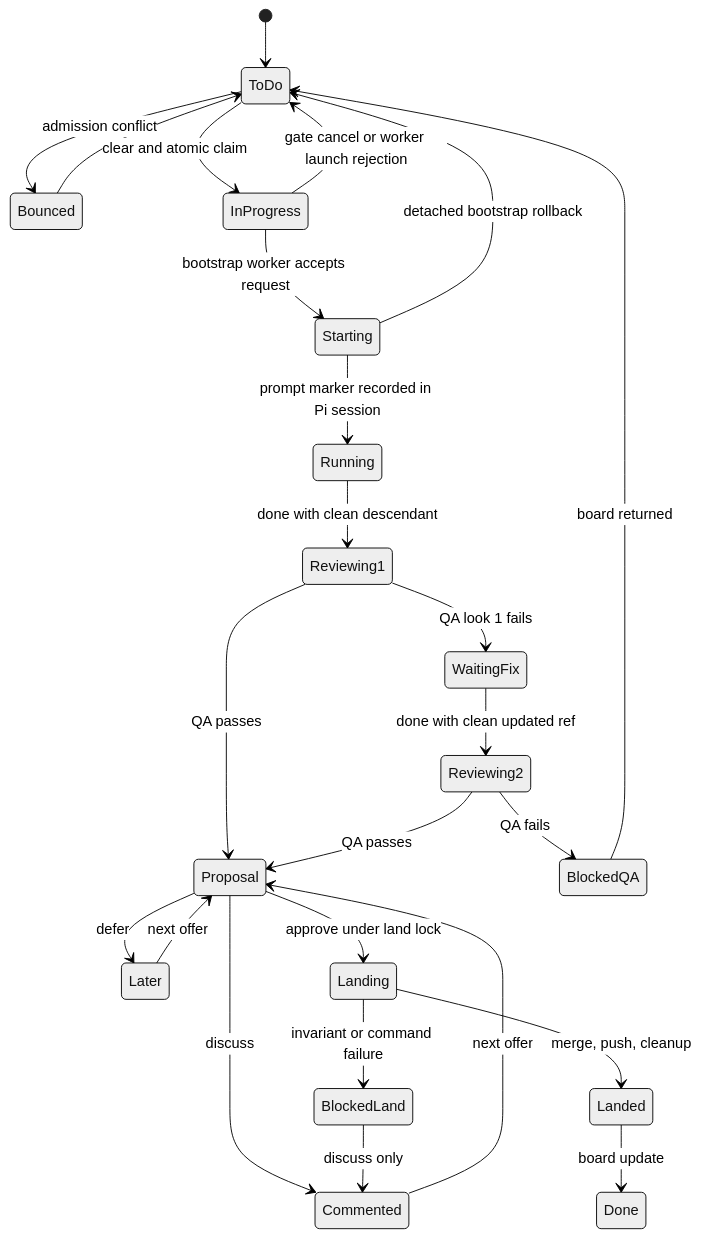
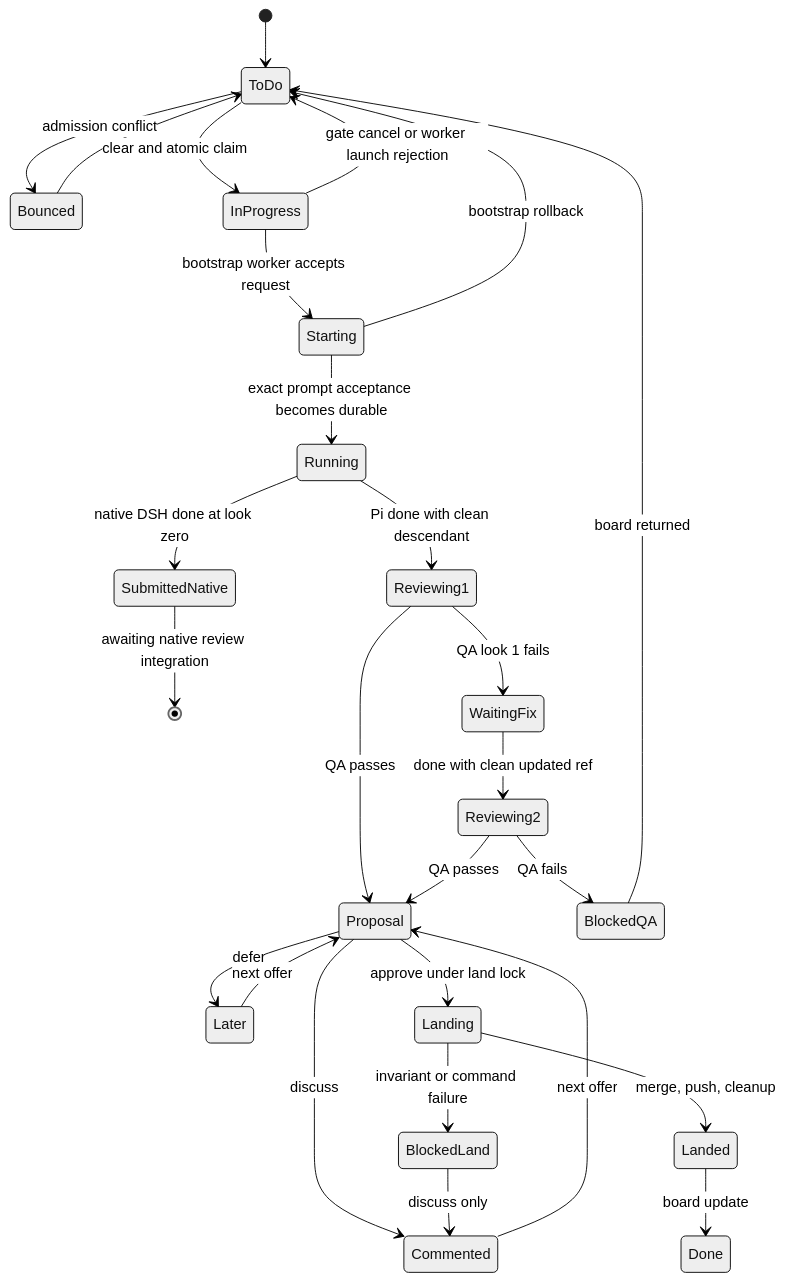
The second of 2 diagrams in openwiki/workflow/delegation-and-review.md (hypermemetic-ai/qq), drawn with Mermaid (neutral theme) before and after one commit. The commit also changed other lines of this file and 7 other files, not shown here.

````diff
--- a/openwiki/workflow/delegation-and-review.md
+++ b/openwiki/workflow/delegation-and-review.md
@@ -136,27 +142,29 @@
 ```mermaid
 stateDiagram-v2
     [*] --> ToDo
     ToDo --> Bounced: admission conflict
     Bounced --> ToDo
     ToDo --> InProgress: clear and atomic claim
     InProgress --> ToDo: gate cancel or worker launch rejection
     InProgress --> Starting: bootstrap worker accepts request
-    Starting --> Running: prompt marker recorded in Pi session
-    Starting --> ToDo: detached bootstrap rollback
-    Running --> Reviewing1: done with clean descendant
+    Starting --> Running: exact prompt acceptance becomes durable
+    Starting --> ToDo: bootstrap rollback
+    Running --> SubmittedNative: native DSH done at look zero
+    SubmittedNative --> [*]: awaiting native review integration
+    Running --> Reviewing1: Pi done with clean descendant
     Reviewing1 --> WaitingFix: QA look 1 fails
     WaitingFix --> Reviewing2: done with clean updated ref
     Reviewing1 --> Proposal: QA passes
     Reviewing2 --> Proposal: QA passes
     Reviewing2 --> BlockedQA: QA fails
     BlockedQA --> ToDo: board returned
     Proposal --> Commented: discuss
     Proposal --> Later: defer
     Commented --> Proposal: next offer
     Later --> Proposal: next offer
     Proposal --> Landing: approve under land lock
     Landing --> Landed: merge, push, cleanup
     Landing --> BlockedLand: invariant or command failure
     BlockedLand --> Commented: discuss only
     Landed --> Done: board update
 ```
````
